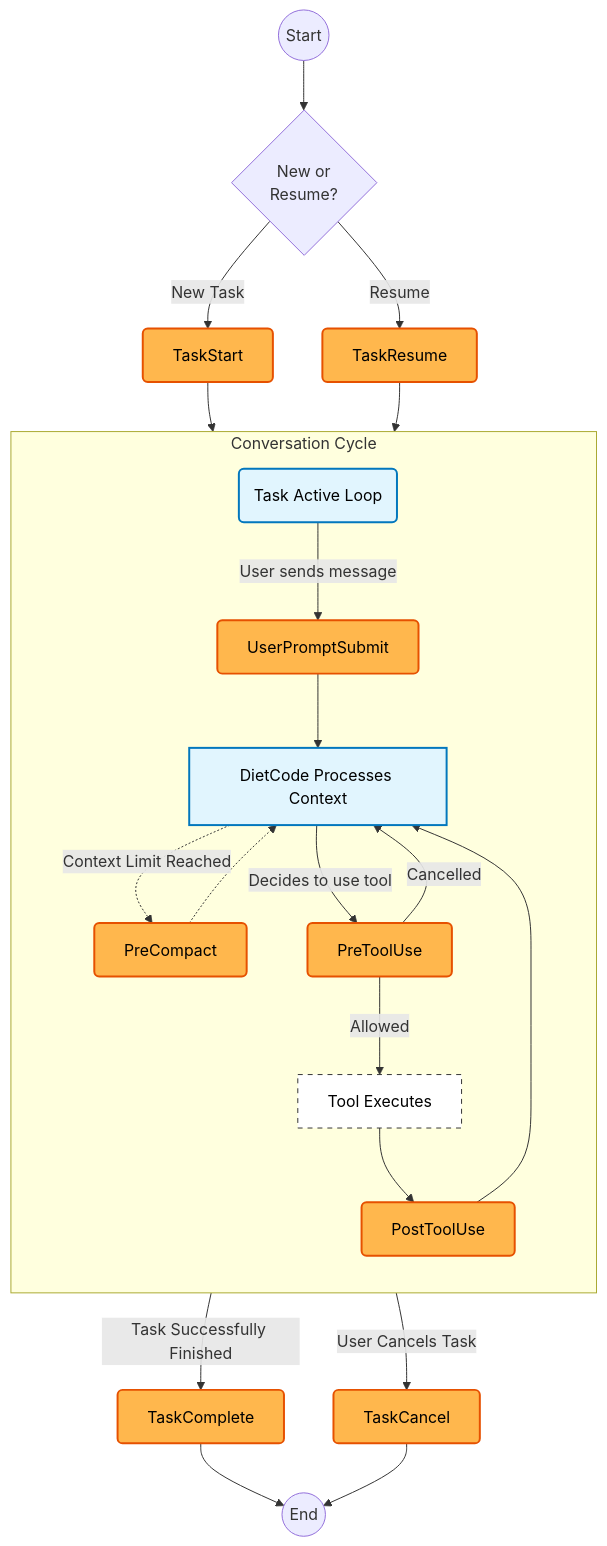
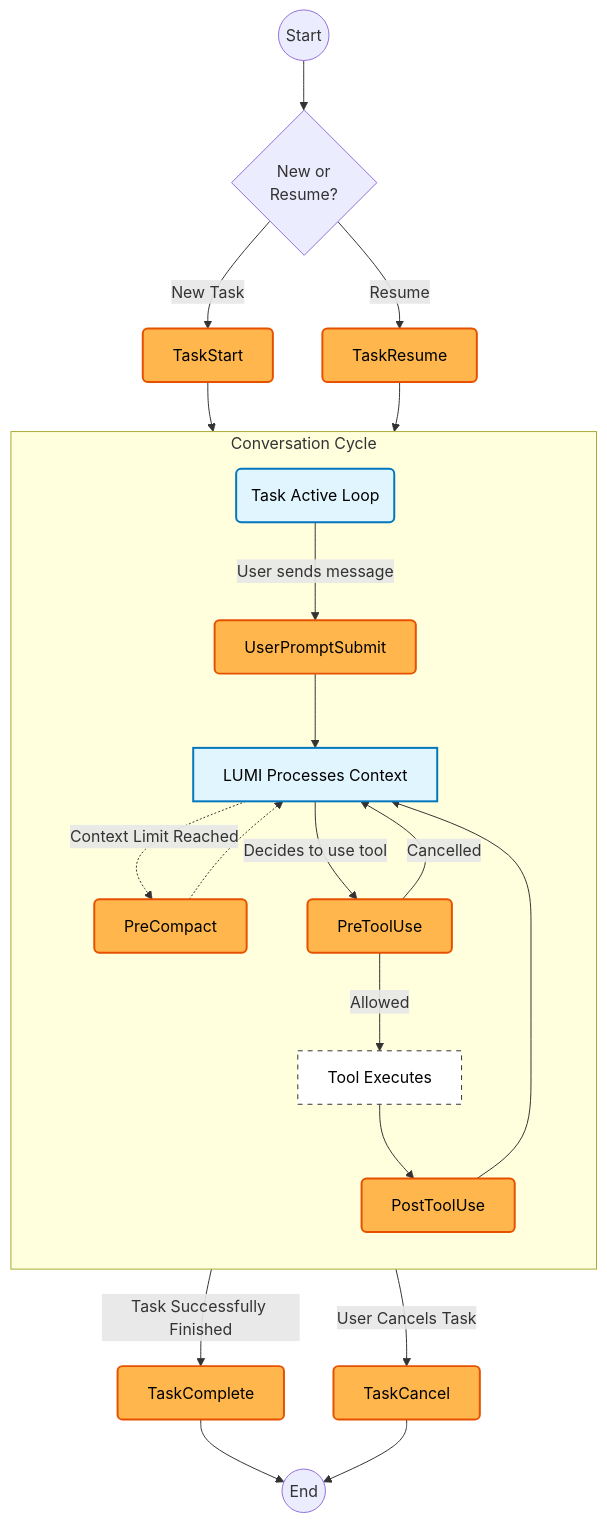
One commit to CardSorting/LUMI changed the diagram in docs/customization/hooks.mdx. Above: the diagram before and after it, drawn with Mermaid. The commit also changed other lines of this file and 130 other files, not shown here.

````diff
--- a/docs/customization/hooks.mdx
+++ b/docs/customization/hooks.mdx
@@ -35,43 +35,43 @@
 ```mermaid
 flowchart TD
     %% Styling
     classDef hook fill:#FFB74D,stroke:#E65100,stroke-width:2px,color:black,rx:5,ry:5;
     classDef state fill:#E1F5FE,stroke:#0277BD,stroke-width:2px,color:black;
     classDef action fill:#FFFFFF,stroke:#333,stroke-width:1px,color:black,stroke-dasharray: 5 5;
 
     %% Entry Points
     Start((Start)) --> CheckType{New or<br/>Resume?}
     
     %% Initialization Hooks
     CheckType -- New Task --> H_Start[TaskStart]:::hook
     CheckType -- Resume --> H_Resume[TaskResume]:::hook
     
     %% Main Loop
     H_Start --> Loop(Task Active Loop):::state
     H_Resume --> Loop
 
     subgraph Conversation Cycle
         direction TB
         Loop -- User sends message --> H_Submit[UserPromptSubmit]:::hook
-        H_Submit --> Thinking[DietCode Processes Context]:::state
+        H_Submit --> Thinking[LUMI Processes Context]:::state
         
         %% Context Compaction Path
         Thinking -. Context Limit Reached .-> H_Compact[PreCompact]:::hook
         H_Compact -.-> Thinking
         
         %% Tool Execution Path
         Thinking -- Decides to use tool --> H_PreTool[PreToolUse]:::hook
         H_PreTool -- Allowed --> ToolExec[Tool Executes]:::action
         H_PreTool -- Cancelled --> Thinking
         ToolExec --> H_PostTool[PostToolUse]:::hook
         H_PostTool --> Thinking
     end
 
     %% Termination Paths
     Thinking -- Task Successfully Finished --> H_Complete[TaskComplete]:::hook
     Loop -- User Cancels Task --> H_Cancel[TaskCancel]:::hook
     
     %% End
     H_Complete --> End((End))
     H_Cancel --> End
 ```
````
